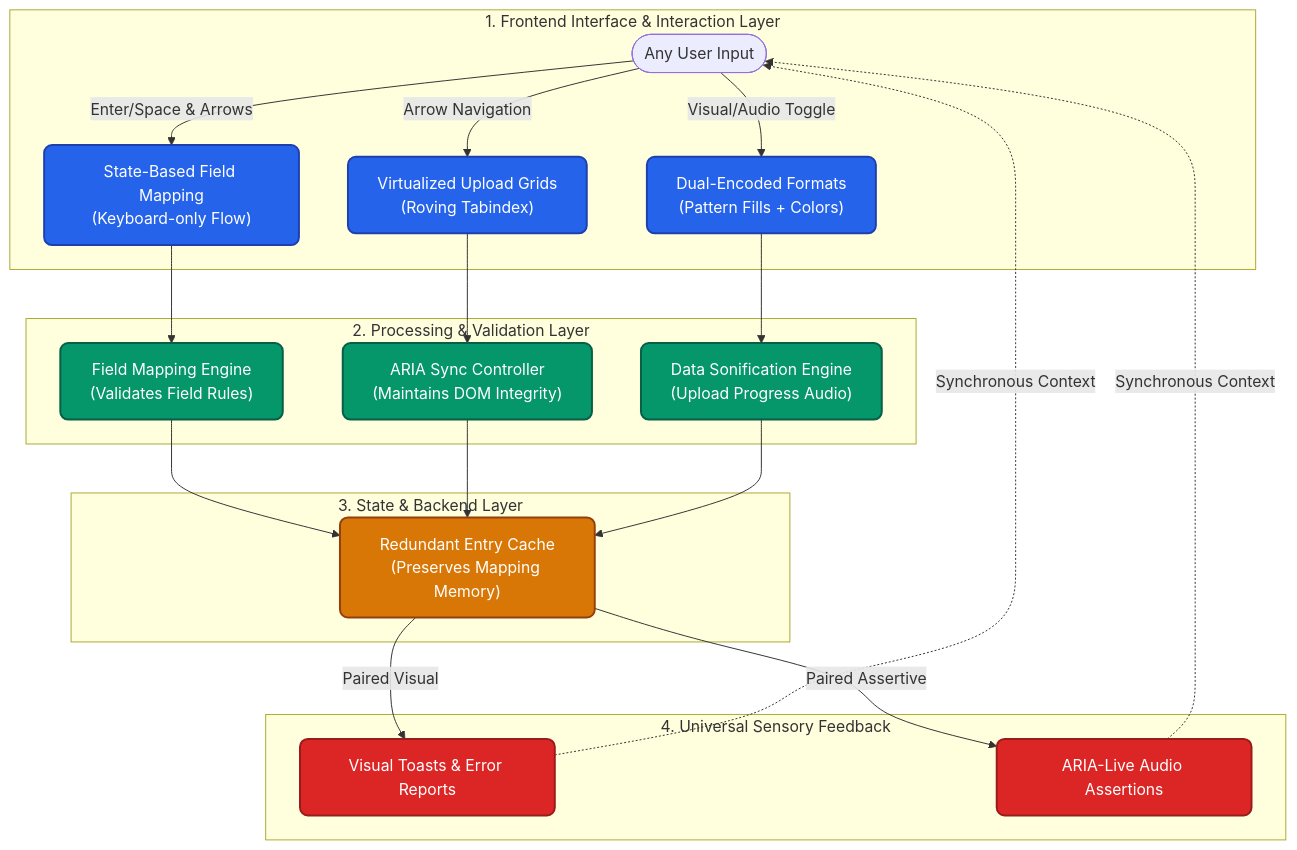
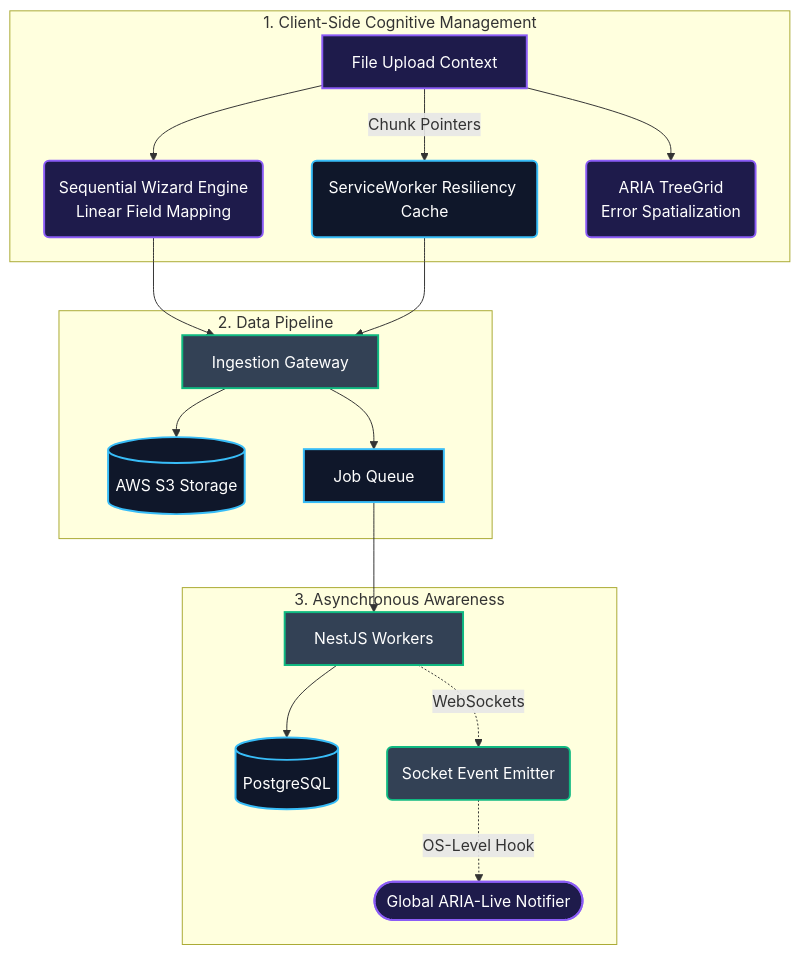
One commit to Rahul-pamula/email_engine changed the second of 2 diagrams in docs/project1-architecture.md. Above: the diagram before and after it, drawn with Mermaid. The commit also changed other lines of this file, not shown here.

Commit message:
project_arc_diagram

````diff
--- a/docs/project1-architecture.md
+++ b/docs/project1-architecture.md
@@ -109,42 +107,30 @@
 ```mermaid
 flowchart TD
-    %% Node Styling Definitions
-    classDef frontend fill:#2563EB,stroke:#1E40AF,stroke-width:2px,color:#FFFFFF,rx:8px,ry:8px;
-    classDef process fill:#059669,stroke:#065F46,stroke-width:2px,color:#FFFFFF,rx:8px,ry:8px;
-    classDef engine fill:#7C3AED,stroke:#5B21B6,stroke-width:2px,color:#FFFFFF,rx:8px,ry:8px;
-    classDef store fill:#D97706,stroke:#92400E,stroke-width:2px,color:#FFFFFF,rx:8px,ry:8px;
-    classDef event fill:#DC2626,stroke:#991B1B,stroke-width:2px,color:#FFFFFF,rx:8px,ry:8px;
+    classDef client fill:#0f172a,stroke:#38bdf8,stroke-width:2px,color:#fff;
+    classDef worker fill:#334155,stroke:#10b981,stroke-width:2px,color:#fff;
+    classDef accessible fill:#1e1b4b,stroke:#8b5cf6,stroke-width:2px,color:#fff;
 
-    subgraph InterfaceLayer ["1. Frontend Interface & Interaction Layer"]
-        User([Any User Input])
-        User -->|Enter/Space & Arrows| NMF["State-Based Field Mapping<br>(Keyboard-only Flow)"]
-        User -->|Arrow Navigation| VDG["Virtualized Upload Grids<br>(Roving Tabindex)"]
-        User -->|Visual/Audio Toggle| HC["Dual-Encoded Formats<br>(Pattern Fills + Colors)"]
+    subgraph ClientLayer ["1. Client-Side Cognitive Management"]
+        UI[File Upload Context] -->|Chunk Pointers| SW(ServiceWorker Resiliency Cache)
+        UI --> WC(Sequential Wizard Engine<br>Linear Field Mapping)
+        UI --> EG(ARIA TreeGrid<br>Error Spatialization)
     end
 
-    subgraph EngineLayer ["2. Processing & Validation Layer"]
-        NMF --> MAP["Field Mapping Engine<br>(Validates Field Rules)"]
-        VDG --> ARI["ARIA Sync Controller<br>(Maintains DOM Integrity)"]
-        HC --> DS["Data Sonification Engine<br>(Upload Progress Audio)"]
+    subgraph ServerLayer ["2. Data Pipeline"]
+        WC --> API[Ingestion Gateway]
+        SW --> API
+        API --> S3[(AWS S3 Storage)]
+        API --> Redis[Job Queue]
     end
 
-    subgraph MemoryLayer ["3. State & Backend Layer"]
-        MAP --> RE["Redundant Entry Cache<br>(Preserves Mapping Memory)"]
-        ARI --> RE
-        DS --> RE
+    subgraph FeedbackLayer ["3. Asynchronous Awareness"]
+        Redis --> Worker[NestJS Workers]
+        Worker --> DB[(PostgreSQL)]
+        Worker -.-> |WebSockets| SS(Socket Event Emitter)
+        SS -.-> |OS-Level Hook| ClientNotif([Global ARIA-Live Notifier])
     end
 
-    subgraph FeedbackLayer ["4. Universal Sensory Feedback"]
-        RE -->|Paired Visual| Toast["Visual Toasts & Error Reports"]
-        RE -->|Paired Assertive| ALive["ARIA-Live Audio Assertions"]
-    end
-    
-    %% Loop back to user
-    Toast -.-> |Synchronous Context| User 
-    ALive -.-> |Synchronous Context| User 
-
-    class NMF,VDG,HC frontend
-    class MAP,ARI,DS process
-    class RE store
-    class Toast,ALive event
+    class UI,WC,EG,ClientNotif accessible
+    class SW,S3,Redis,DB client
+    class Worker,SS,API worker
 ```
````
